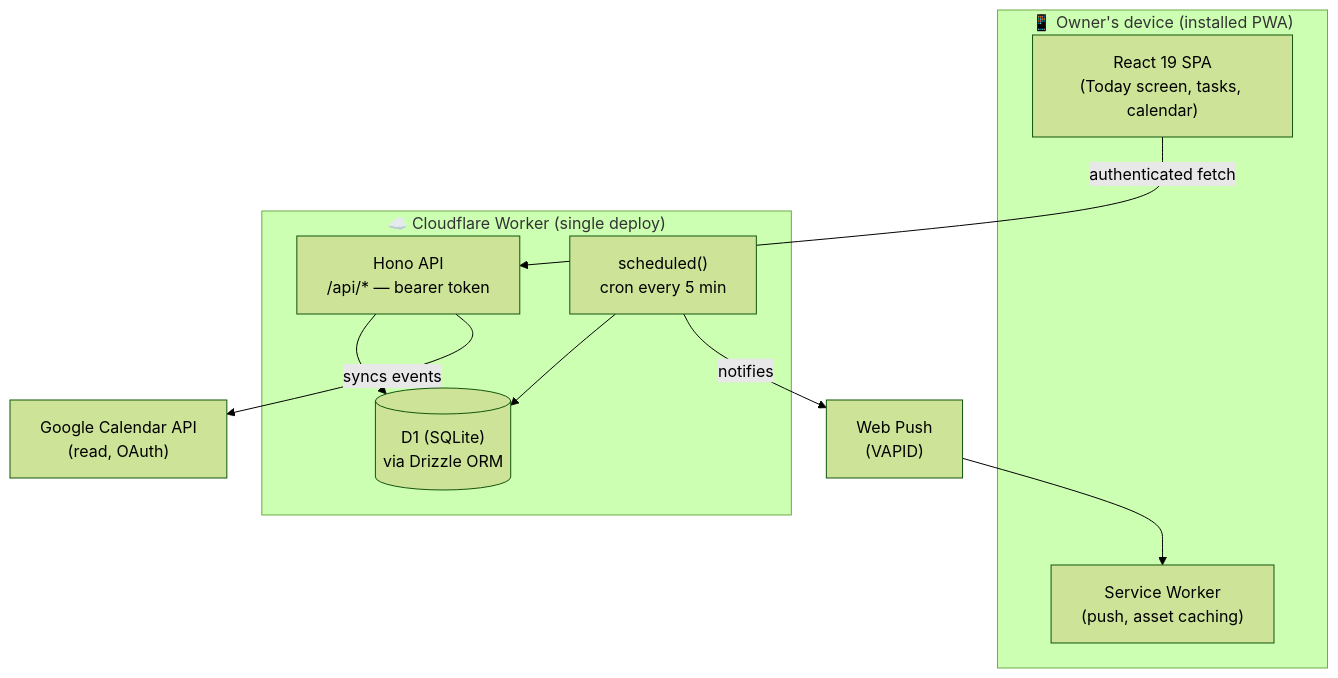
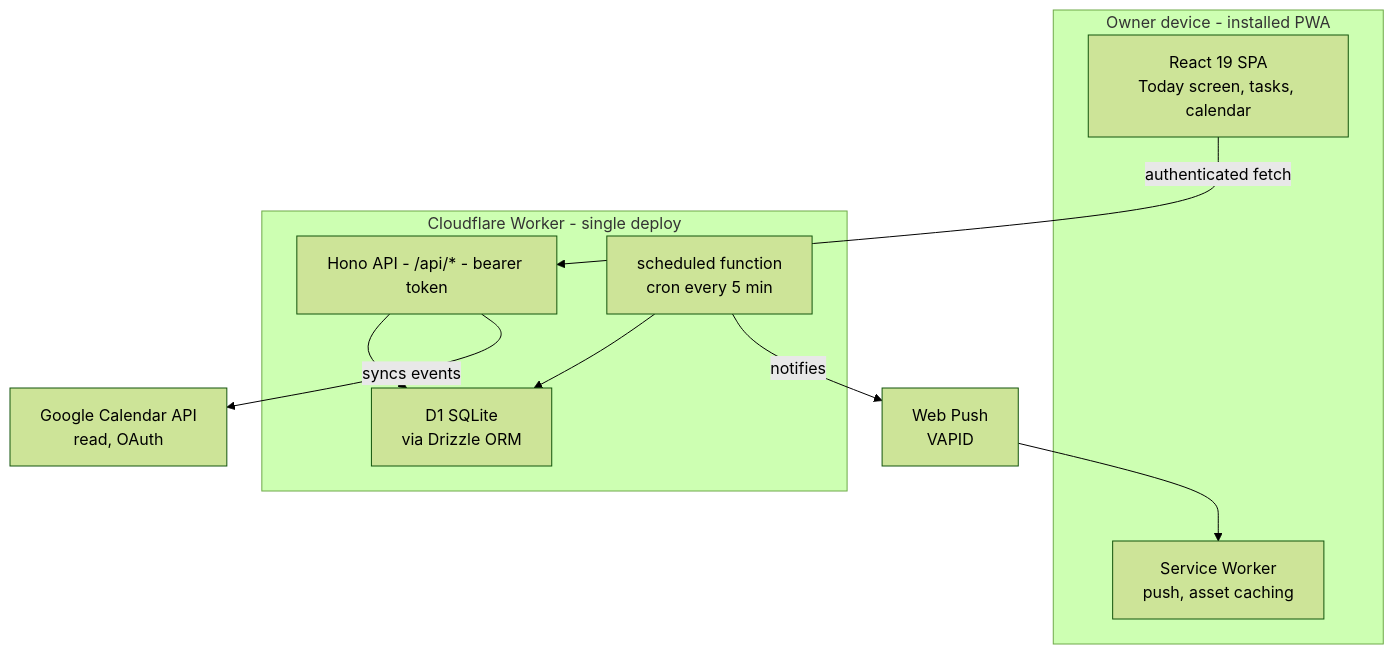
One commit to fabiombarreto/praesto-sum changed the diagram in README.md. Above: the diagram before and after it, drawn with Mermaid (forest theme).

Commit message:
docs: fix mermaid diagram syntax that GitHub failed to render

````diff
--- a/README.md
+++ b/README.md
@@ -57,22 +57,22 @@
 ```mermaid
 flowchart TB
-    subgraph device["📱 Owner's device (installed PWA)"]
-        UI["React 19 SPA<br/>(Today screen, tasks, calendar)"]
-        SW["Service Worker<br/>(push, asset caching)"]
+    subgraph device[Owner device - installed PWA]
+        UI[React 19 SPA<br/>Today screen, tasks, calendar]
+        SW[Service Worker<br/>push, asset caching]
     end
 
-    subgraph cf["☁️ Cloudflare Worker (single deploy)"]
-        API["Hono API<br/>/api/* — bearer token"]
-        CRON["scheduled()<br/>cron every 5 min"]
-        D1[("D1 (SQLite)<br/>via Drizzle ORM")]
+    subgraph cf[Cloudflare Worker - single deploy]
+        API["Hono API - /api/* - bearer token"]
+        CRON[scheduled function<br/>cron every 5 min]
+        D1[D1 SQLite<br/>via Drizzle ORM]
     end
 
-    GCAL["Google Calendar API<br/>(read, OAuth)"]
-    PUSH["Web Push<br/>(VAPID)"]
+    GCAL[Google Calendar API<br/>read, OAuth]
+    PUSH[Web Push<br/>VAPID]
 
-    UI -- "authenticated fetch" --> API
+    UI -->|authenticated fetch| API
     API --> D1
     CRON --> D1
-    CRON -- "notifies" --> PUSH --> SW
-    API -- "syncs events" --> GCAL
+    CRON -->|notifies| PUSH --> SW
+    API -->|syncs events| GCAL
 ```
````
